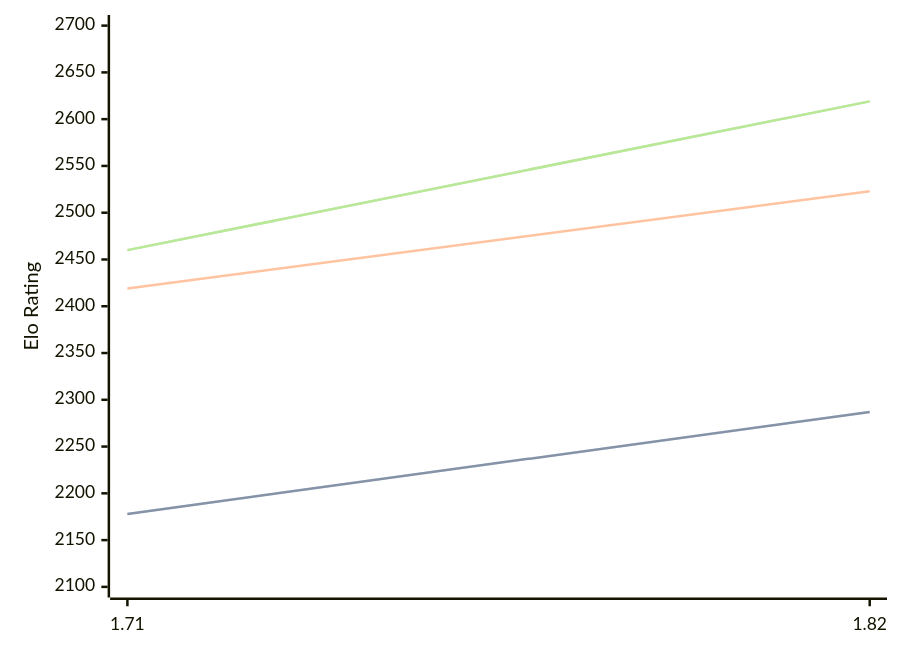
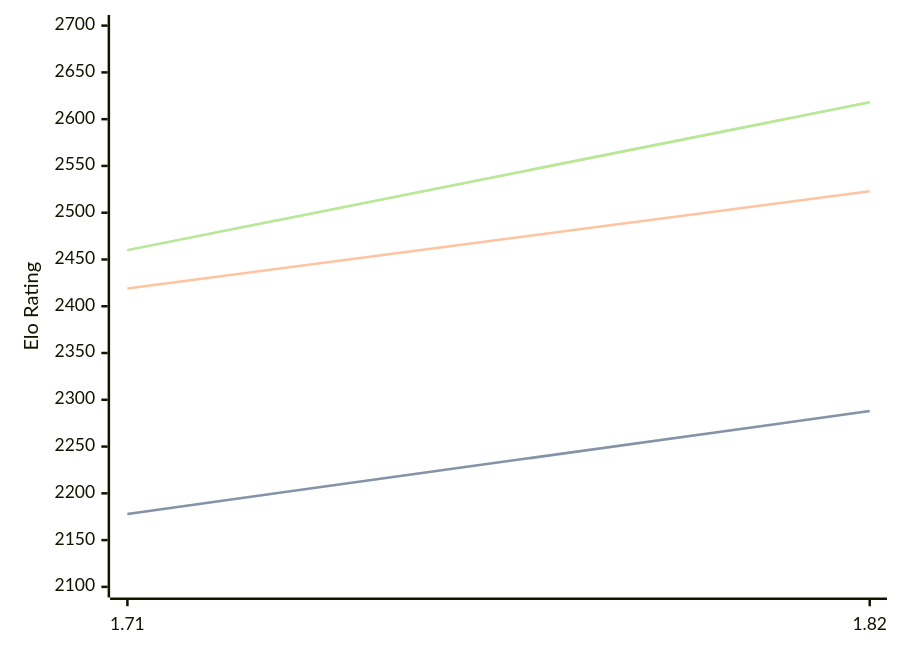
The diagram in engines/Amira.md (computer-chess-index/cci), drawn with Mermaid before and after one commit. The commit also changed other lines of this file, not shown here.

Commit message:
Update CCI Ratings (ELO VLTC) - 2026-07-31

````diff
--- a/engines/Amira.md
+++ b/engines/Amira.md
@@ -35,11 +35,11 @@
 ```mermaid
 %%{init: {"theme":"base","themeVariables":{"seriesColors:['#a3a3a3','#222221','#faa371']}}}%%
 xychart-beta
   x-axis ["1.71", "1.82"]
   y-axis "Elo Rating" 2100 --> 2700
-  line "STC (8.0+0.08s)" [2178, 2287]
-  line "STC (8.0+0.08s)" [2178, 2287]
+  line "STC (8.0+0.08s)" [2178, 2288]
+  line "STC (8.0+0.08s)" [2178, 2288]
   line "LTC (60.0+0.60s)" [2419, 2523]
-  line "VLTC (2m24s+1.12s)" [2460, 2619]
-  line "VLTC (2m24s+1.12s)" [2460, 2619]
+  line "VLTC (2m24s+1.12s)" [2460, 2618]
+  line "VLTC (2m24s+1.12s)" [2460, 2618]
 ```
````
